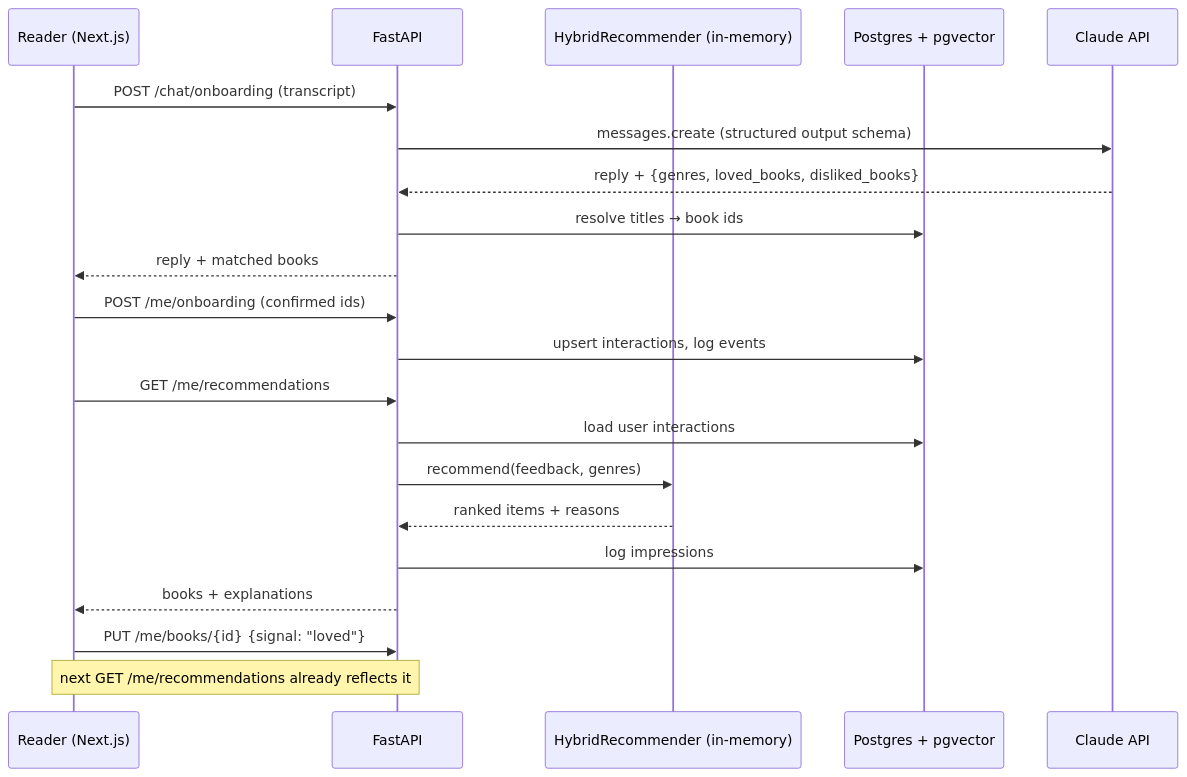
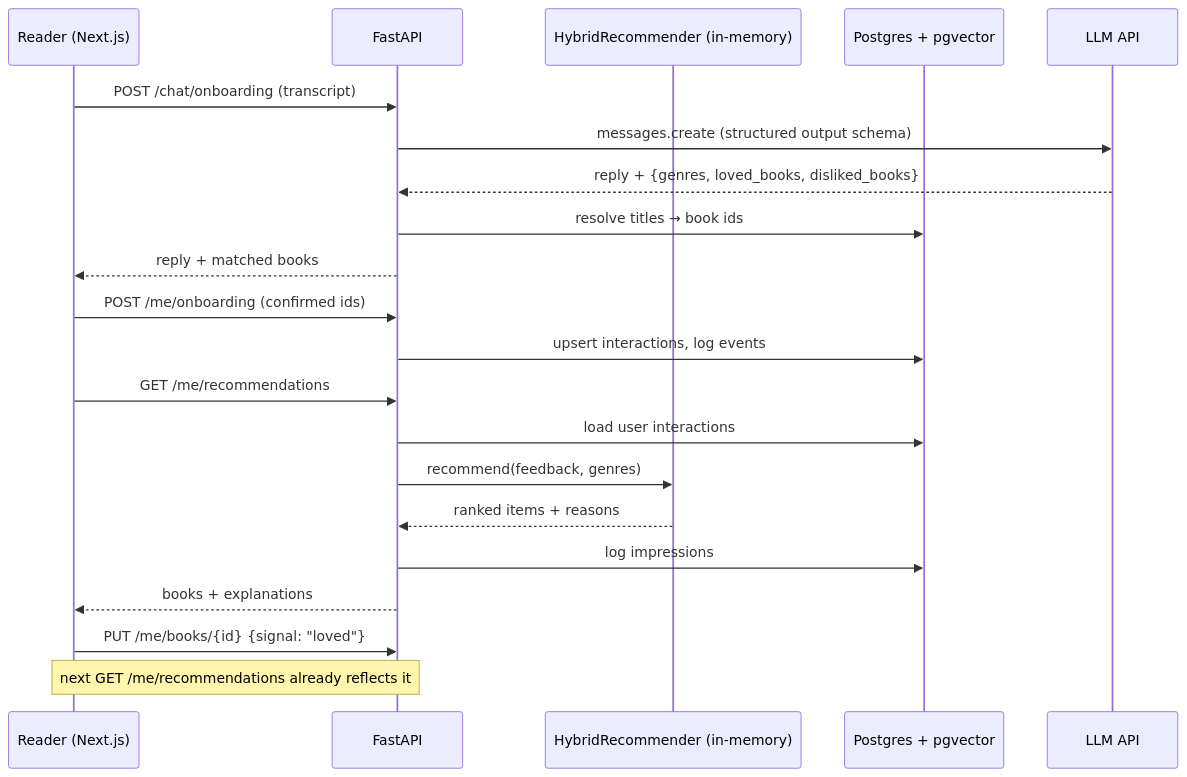
Before and after one commit to basharfkhan/alexandria: the first of 2 diagrams in docs/ARCHITECTURE.md, drawn with Mermaid. The commit also changed other lines of this file and 17 other files, not shown here.

````diff
--- a/docs/ARCHITECTURE.md
+++ b/docs/ARCHITECTURE.md
@@ -5,24 +5,24 @@
 ```mermaid
 sequenceDiagram
     participant U as Reader (Next.js)
     participant A as FastAPI
     participant R as HybridRecommender (in-memory)
     participant DB as Postgres + pgvector
-    participant C as Claude API
+    participant C as LLM API
 
     U->>A: POST /chat/onboarding (transcript)
     A->>C: messages.create (structured output schema)
     C-->>A: reply + {genres, loved_books, disliked_books}
     A->>DB: resolve titles → book ids
     A-->>U: reply + matched books
     U->>A: POST /me/onboarding (confirmed ids)
     A->>DB: upsert interactions, log events
     U->>A: GET /me/recommendations
     A->>DB: load user interactions
     A->>R: recommend(feedback, genres)
     R-->>A: ranked items + reasons
     A->>DB: log impressions
     A-->>U: books + explanations
     U->>A: PUT /me/books/{id} {signal: "loved"}
     Note over U,A: next GET /me/recommendations already reflects it
 ```
````
